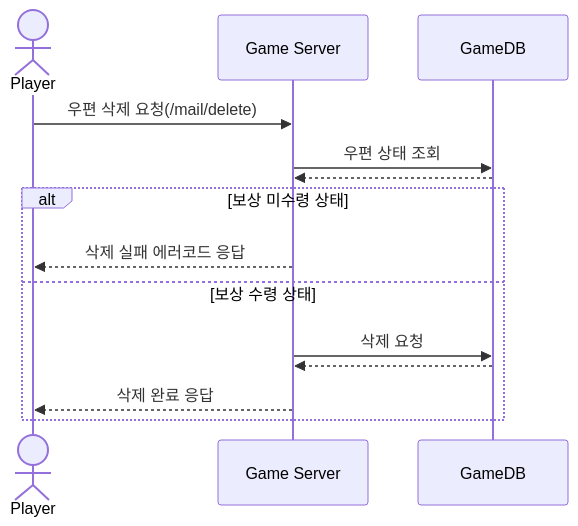
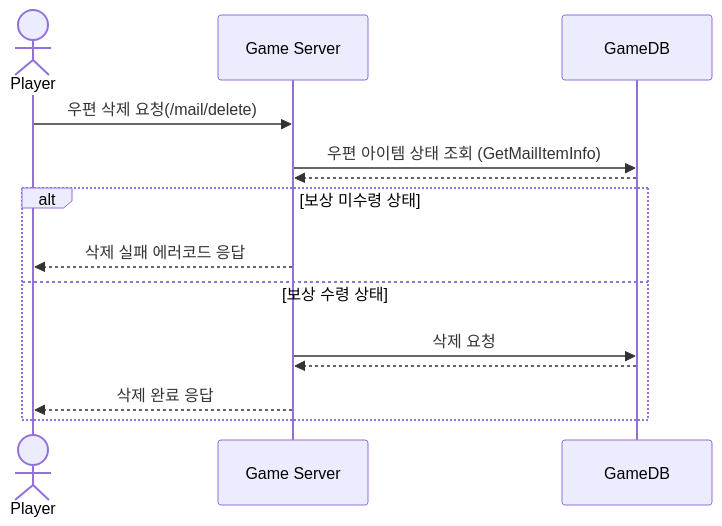
The fourth of 4 diagrams in SequenceDiagram/MailBox.md (yujinS0/Omok-Game), drawn with Mermaid before and after one commit. The commit also changed other lines of this file, not shown here.

````diff
--- a/SequenceDiagram/MailBox.md
+++ b/SequenceDiagram/MailBox.md
@@ -77,18 +77,18 @@
 ```mermaid
 sequenceDiagram
 	actor Player
 	participant Game Server
   	participant GameDB
 
 	Player ->> Game Server : 우편 삭제 요청(/mail/delete)
-	Game Server ->> GameDB : 우편 상태 조회
+	Game Server ->> GameDB : 우편 아이템 상태 조회 (GetMailItemInfo)
 	GameDB -->> Game Server :  
 	alt 보상 미수령 상태 
 		Game Server -->> Player : 삭제 실패 에러코드 응답
 
 	else 보상 수령 상태
 		Game Server ->> GameDB : 삭제 요청
 		GameDB -->> Game Server:  
 		Game Server -->> Player : 삭제 완료 응답
 	end
 ```
````
